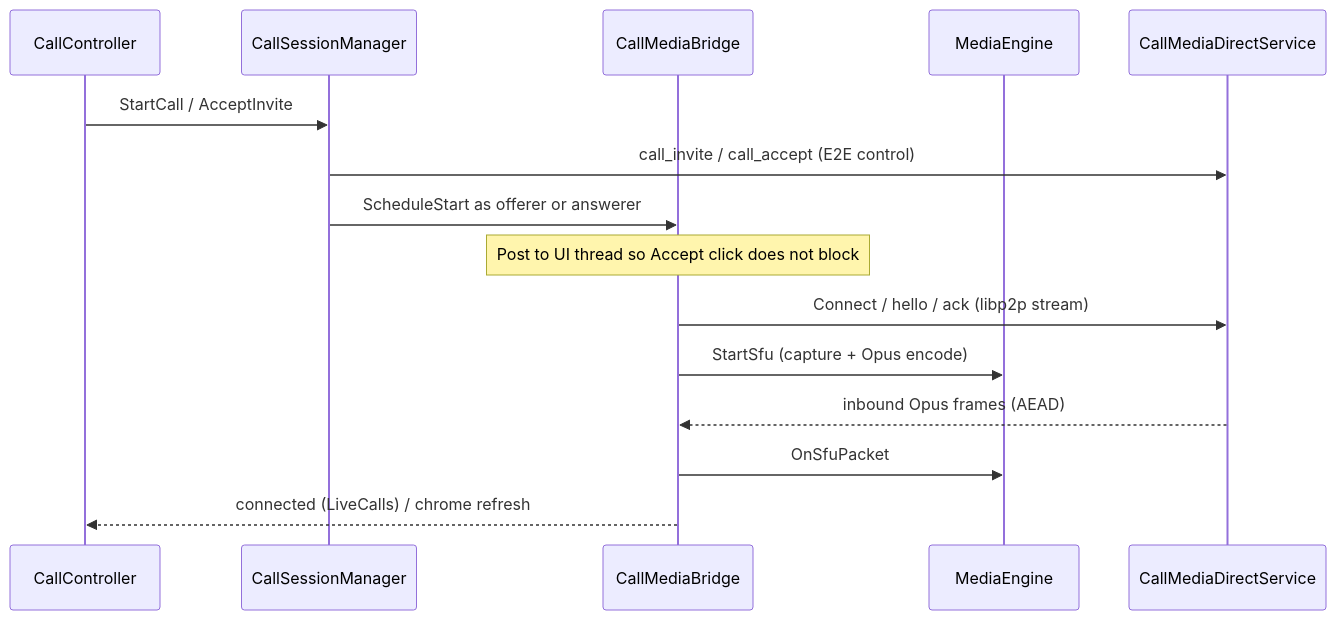
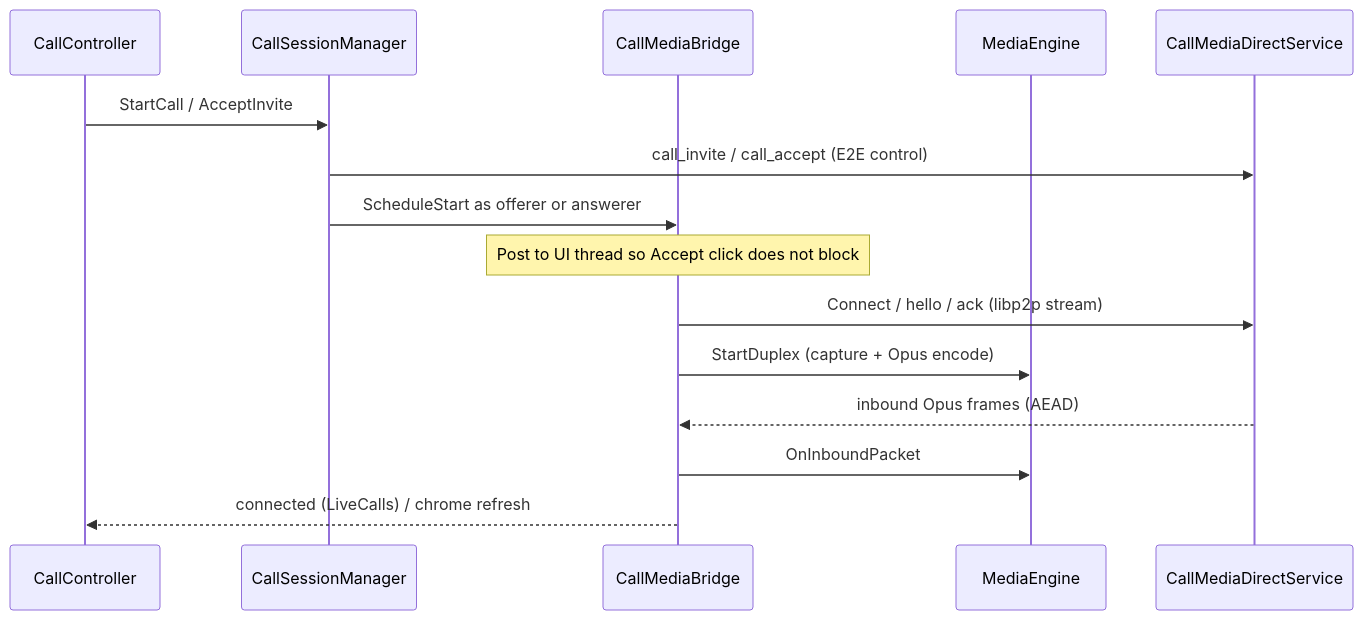
Before and after one commit to people-post/pp-browser: the third of 4 diagrams in docs/architecture/CALLS.md, drawn with Mermaid. The commit also changed other lines of this file and 65 other files, not shown here.

````diff
--- a/docs/architecture/CALLS.md
+++ b/docs/architecture/CALLS.md
@@ -257,18 +257,18 @@
 ```mermaid
 sequenceDiagram
   participant UI as CallController
   participant CSM as CallSessionManager
   participant L2P as CallMediaBridge
   participant Eng as MediaEngine
   participant DM as CallMediaDirectService
 
   UI->>CSM: StartCall / AcceptInvite
   CSM->>DM: call_invite / call_accept (E2E control)
   CSM->>L2P: ScheduleStart as offerer or answerer
   Note over L2P: Post to UI thread so Accept click does not block
   L2P->>DM: Connect / hello / ack (libp2p stream)
-  L2P->>Eng: StartSfu (capture + Opus encode)
+  L2P->>Eng: StartDuplex (capture + Opus encode)
   DM-->>L2P: inbound Opus frames (AEAD)
-  L2P->>Eng: OnSfuPacket
+  L2P->>Eng: OnInboundPacket
   L2P-->>UI: connected (LiveCalls) / chrome refresh
 ```
````
